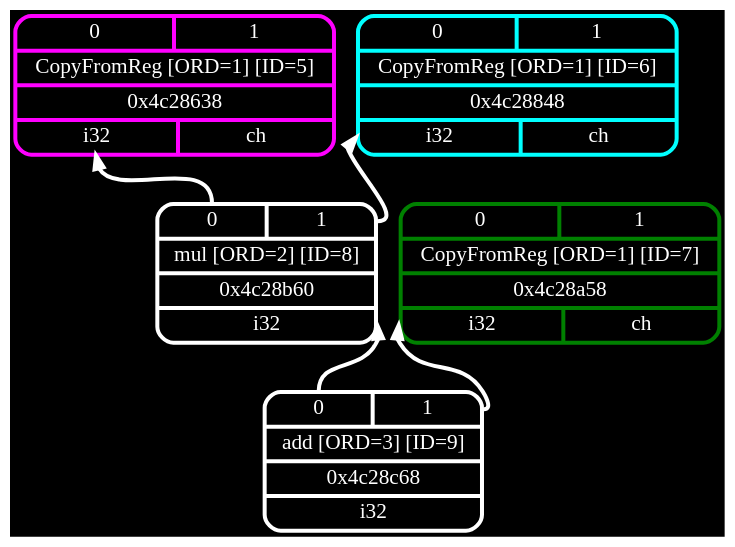
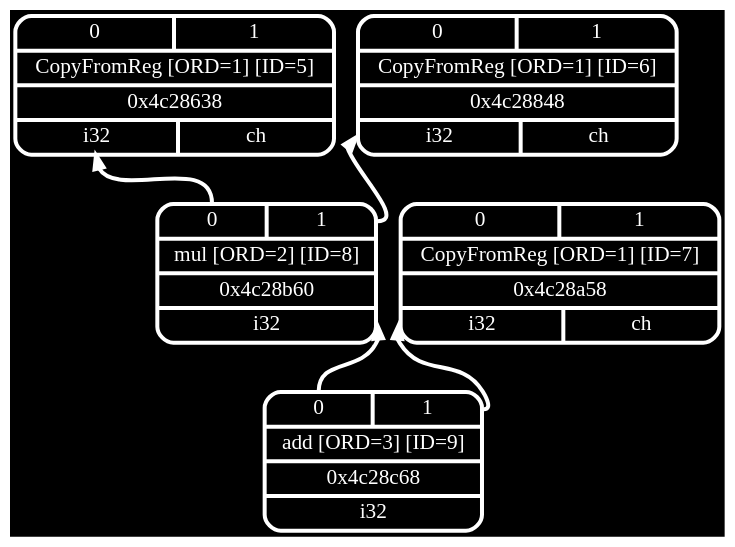
The diagram in docs/Codeplay/examples/ex3/ex3-pre-isel.dot (frasercrmck/llvm-leg), drawn with Graphviz before and after one commit. The commit also changed 8 other files, not shown here.

```diff
--- a/docs/Codeplay/examples/ex3/ex3-pre-isel.dot
+++ b/docs/Codeplay/examples/ex3/ex3-pre-isel.dot
@@ -1,14 +1,14 @@
 digraph "isel input for foo:entry" {
 	rankdir="BT";
 	bgcolor="black";
 	
-	Node0x4c28638 [shape=record,shape=Mrecord,label="{{<s0>0|<s1>1}|CopyFromReg [ORD=1] [ID=5]|0x4c28638|{<d0>i32|<d1>ch}}",penwidth=3,color="magenta",fontname="Calibri",fontsize=16,fontcolor="white"];
-	Node0x4c28848 [shape=record,shape=Mrecord,label="{{<s0>0|<s1>1}|CopyFromReg [ORD=1] [ID=6]|0x4c28848|{<d0>i32|<d1>ch}}",penwidth=3,color="cyan",fontname="Calibri",fontsize=16,fontcolor="white"];
-	Node0x4c28a58 [shape=record,shape=Mrecord,label="{{<s0>0|<s1>1}|CopyFromReg [ORD=1] [ID=7]|0x4c28a58|{<d0>i32|<d1>ch}}",penwidth=3,color="green",fontname="Calibri",fontsize=16,fontcolor="white"];
+	Node0x4c28638 [shape=record,shape=Mrecord,label="{{<s0>0|<s1>1}|CopyFromReg [ORD=1] [ID=5]|0x4c28638|{<d0>i32|<d1>ch}}",penwidth=3,color="white",fontname="Calibri",fontsize=16,fontcolor="white"];
+	Node0x4c28848 [shape=record,shape=Mrecord,label="{{<s0>0|<s1>1}|CopyFromReg [ORD=1] [ID=6]|0x4c28848|{<d0>i32|<d1>ch}}",penwidth=3,color="white",fontname="Calibri",fontsize=16,fontcolor="white"];
+	Node0x4c28a58 [shape=record,shape=Mrecord,label="{{<s0>0|<s1>1}|CopyFromReg [ORD=1] [ID=7]|0x4c28a58|{<d0>i32|<d1>ch}}",penwidth=3,color="white",fontname="Calibri",fontsize=16,fontcolor="white"];
 	Node0x4c28b60 [shape=record,shape=Mrecord,label="{{<s0>0|<s1>1}|mul [ORD=2] [ID=8]|0x4c28b60|{<d0>i32}}",penwidth=3,color="white",fontname="Calibri",fontsize=16,fontcolor="white"];
 	Node0x4c28b60:s0 -> Node0x4c28638:d0[penwidth=3,color="white",fontname="Calibri",fontsize=16,fontcolor="white"];
 	Node0x4c28b60:s1 -> Node0x4c28848:d0[penwidth=3,color="white",fontname="Calibri",fontsize=16,fontcolor="white"];
 	Node0x4c28c68 [shape=record,shape=Mrecord,label="{{<s0>0|<s1>1}|add [ORD=3] [ID=9]|0x4c28c68|{<d0>i32}}",penwidth=3,color="white",fontname="Calibri",fontsize=16,fontcolor="white"];
 	Node0x4c28c68:s0 -> Node0x4c28b60:d0[penwidth=3,color="white",fontname="Calibri",fontsize=16,fontcolor="white"];
 	Node0x4c28c68:s1 -> Node0x4c28a58:d0[penwidth=3,color="white",fontname="Calibri",fontsize=16,fontcolor="white"];
 }
```
